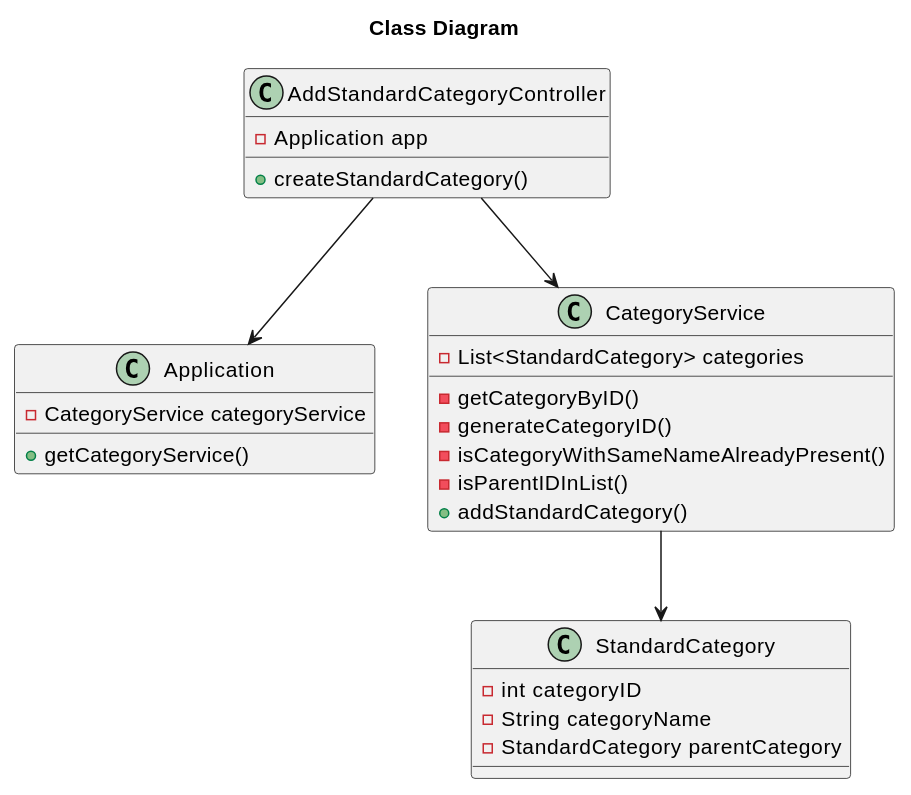
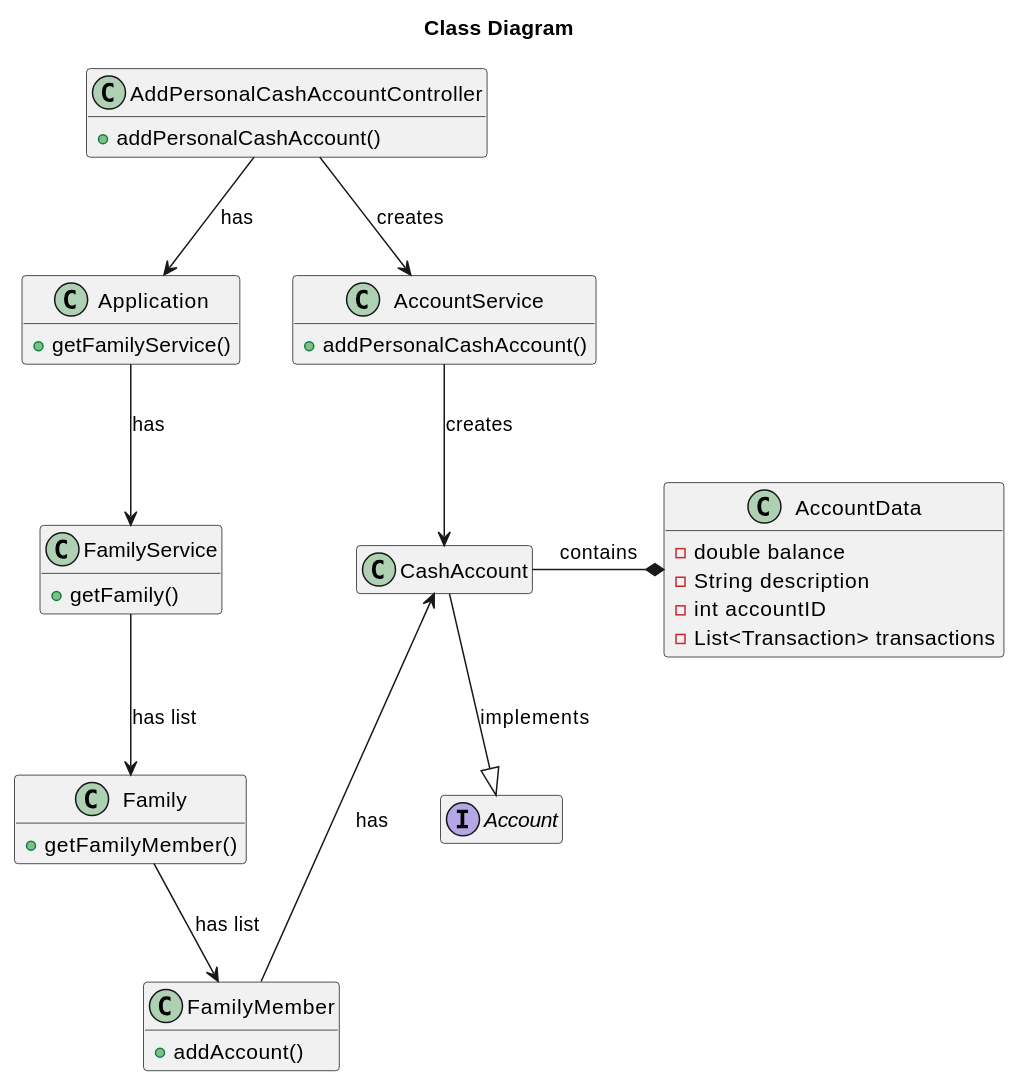
One commit to tomas-osswald/switch_2020_g3 changed the third of 3 diagrams in docs/sprint2/user_stories/US170_CreatePersonalCashAccount.md. Above: the diagram before and after it, drawn with PlantUML. The commit also changed 12 other files, not shown here.

````diff
--- a/docs/sprint2/user_stories/US170_CreatePersonalCashAccount.md
+++ b/docs/sprint2/user_stories/US170_CreatePersonalCashAccount.md
@@ -143,36 +143,55 @@
 ```puml
 @startuml
 
 title Class Diagram
+hide empty members
 
-class AddStandardCategoryController {
-  - Application app
-  + createStandardCategory()
+class AddPersonalCashAccountController {
++ addPersonalCashAccount()
+}
+
+class CashAccount {
 }
 
 class Application {
-  - CategoryService categoryService
-  + getCategoryService()
++ getFamilyService()
 }
 
-class CategoryService {
-  - List<StandardCategory> categories
-  - getCategoryByID()
-  - generateCategoryID()
-  - isCategoryWithSameNameAlreadyPresent()
-  - isParentIDInList()
-  + addStandardCategory()
+class FamilyService {
++ getFamily()
 }
 
-class StandardCategory {
-  - int categoryID
-  - String categoryName
-  - StandardCategory parentCategory
+class Family {
++ getFamilyMember()
 }
 
-AddStandardCategoryController --> Application
-AddStandardCategoryController --> CategoryService
-CategoryService --> StandardCategory
+class FamilyMember {
++ addAccount()
+}
+
+class AccountService {
++ addPersonalCashAccount()
+}
+
+class AccountData {
+- double balance
+- String description
+- int accountID
+- List<Transaction> transactions
+}
+
+
+interface Account {}
+
+AddPersonalCashAccountController --> Application : has
+Application --> FamilyService : has
+FamilyService --> Family : has list
+Family --> FamilyMember : has list
+AddPersonalCashAccountController --> AccountService : creates
+AccountService --> CashAccount : creates
+CashAccount --|> Account : implements
+CashAccount -* AccountData : contains
+CashAccount <-- FamilyMember : has
 
 @enduml
 ```
````
